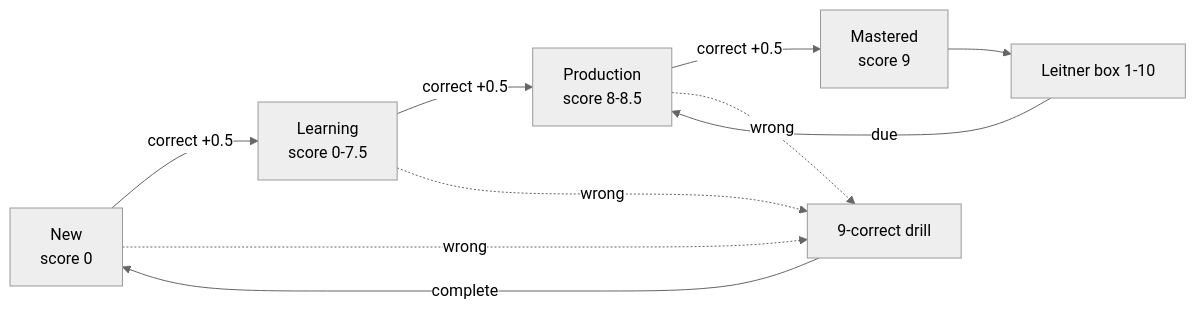
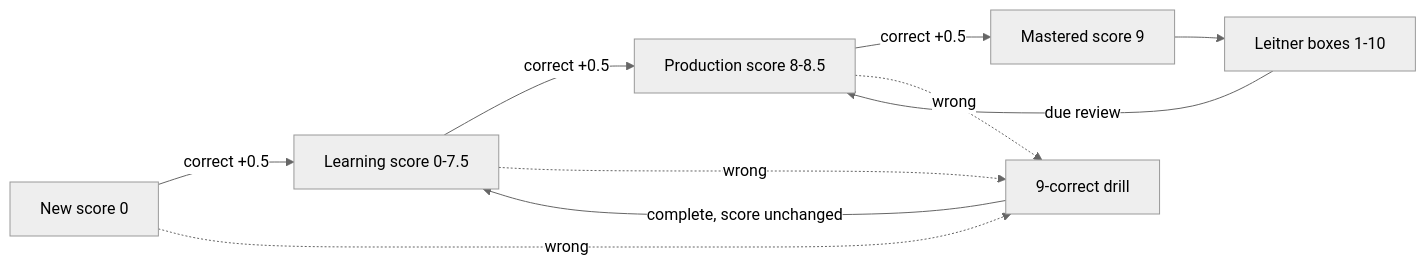
Before and after one commit to bahman-farhadian/mashq: the diagram in README.md, drawn with Mermaid (neutral theme). The commit also changed other lines of this file and 4 other files, not shown here.

````diff
--- a/README.md
+++ b/README.md
@@ -22,12 +14,12 @@
 ```mermaid
 flowchart LR
-    N["New\nscore 0"] -->|correct +0.5| L["Learning\nscore 0-7.5"]
-    L -->|correct +0.5| P["Production\nscore 8-8.5"]
-    P -->|correct +0.5| M["Mastered\nscore 9"]
-    N -. wrong .-> D["9-correct drill"]
-    L -. wrong .-> D
-    P -. wrong .-> D
-    D -->|complete| N
-    M --> B["Leitner box 1-10"]
-    B -->|due| P
+    N["New score 0"] -->|"correct +0.5"| L["Learning score 0-7.5"]
+    L -->|"correct +0.5"| P["Production score 8-8.5"]
+    P -->|"correct +0.5"| M["Mastered score 9"]
+    N -. "wrong" .-> D["9-correct drill"]
+    L -. "wrong" .-> D
+    P -. "wrong" .-> D
+    D -->|"complete, score unchanged"| L
+    M --> B["Leitner boxes 1-10"]
+    B -->|"due review"| P
 ```
````
